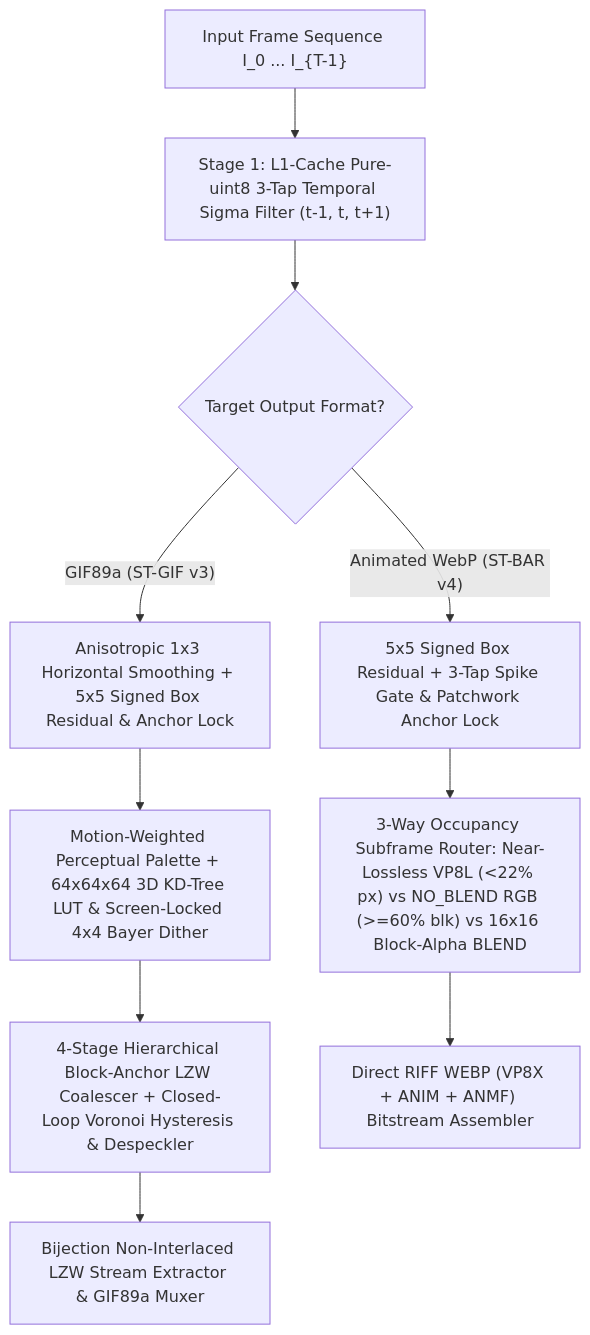
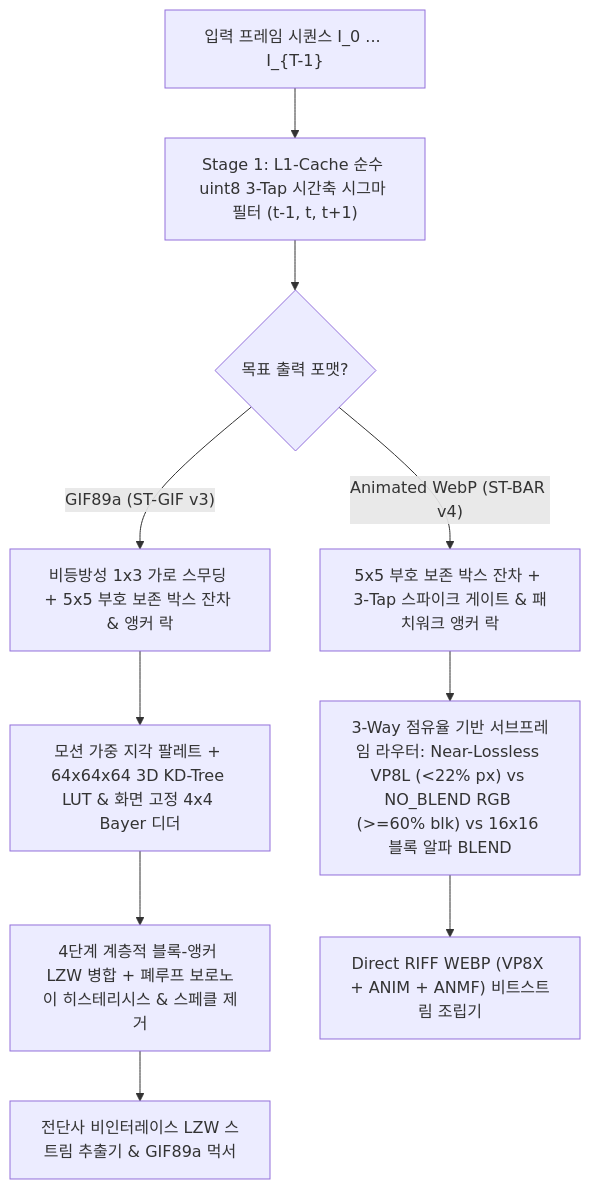
Before and after one commit to LoveBlonde/st-bar-gif-studio: the diagram in README.md, drawn with Mermaid. The commit also changed other lines of this file and 49 other files, not shown here.

````diff
--- a/README.md
+++ b/README.md
@@ -88,12 +86,12 @@
 ```mermaid
 flowchart TD
-    A["Input Frame Sequence I_0 ... I_{T-1}"] --> B["Stage 1: L1-Cache Pure-uint8 3-Tap Temporal Sigma Filter (t-1, t, t+1)"]
-    B --> C{"Target Output Format?"}
-    C -- "GIF89a (ST-GIF v3)" --> D["Anisotropic 1x3 Horizontal Smoothing + 5x5 Signed Box Residual & Anchor Lock"]
-    D --> E["Motion-Weighted Perceptual Palette + 64x64x64 3D KD-Tree LUT & Screen-Locked 4x4 Bayer Dither"]
-    E --> F["4-Stage Hierarchical Block-Anchor LZW Coalescer + Closed-Loop Voronoi Hysteresis & Despeckler"]
-    F --> G["Bijection Non-Interlaced LZW Stream Extractor & GIF89a Muxer"]
-    C -- "Animated WebP (ST-BAR v4)" --> H["5x5 Signed Box Residual + 3-Tap Spike Gate & Patchwork Anchor Lock"]
-    H --> I["3-Way Occupancy Subframe Router: Near-Lossless VP8L (<22% px) vs NO_BLEND RGB (>=60% blk) vs 16x16 Block-Alpha BLEND"]
-    I --> J["Direct RIFF WEBP (VP8X + ANIM + ANMF) Bitstream Assembler"]
+    A["입력 프레임 시퀀스 I_0 ... I_{T-1}"] --> B["Stage 1: L1-Cache 순수 uint8 3-Tap 시간축 시그마 필터 (t-1, t, t+1)"]
+    B --> C{"목표 출력 포맷?"}
+    C -- "GIF89a (ST-GIF v3)" --> D["비등방성 1x3 가로 스무딩 + 5x5 부호 보존 박스 잔차 & 앵커 락"]
+    D --> E["모션 가중 지각 팔레트 + 64x64x64 3D KD-Tree LUT & 화면 고정 4x4 Bayer 디더"]
+    E --> F["4단계 계층적 블록-앵커 LZW 병합 + 폐루프 보로노이 히스테리시스 & 스페클 제거"]
+    F --> G["전단사 비인터레이스 LZW 스트림 추출기 & GIF89a 먹서"]
+    C -- "Animated WebP (ST-BAR v4)" --> H["5x5 부호 보존 박스 잔차 + 3-Tap 스파이크 게이트 & 패치워크 앵커 락"]
+    H --> I["3-Way 점유율 기반 서브프레임 라우터: Near-Lossless VP8L (<22% px) vs NO_BLEND RGB (>=60% blk) vs 16x16 블록 알파 BLEND"]
+    I --> J["Direct RIFF WEBP (VP8X + ANIM + ANMF) 비트스트림 조립기"]
 ```
````
